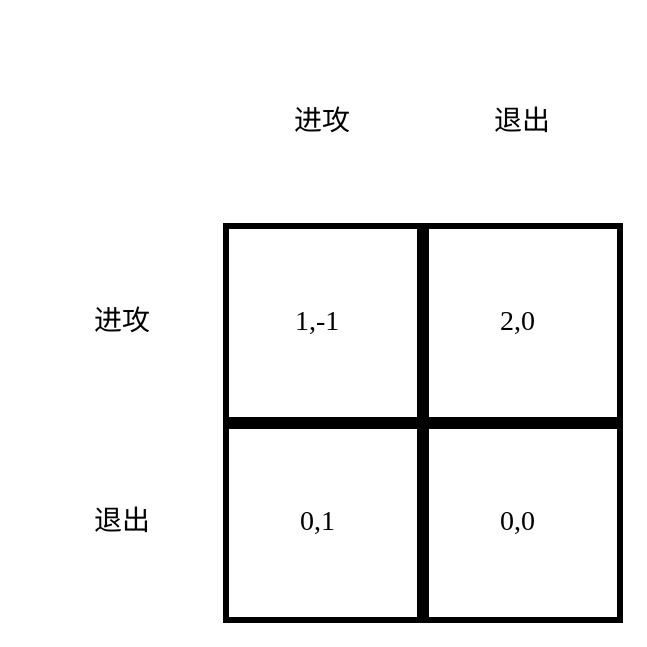
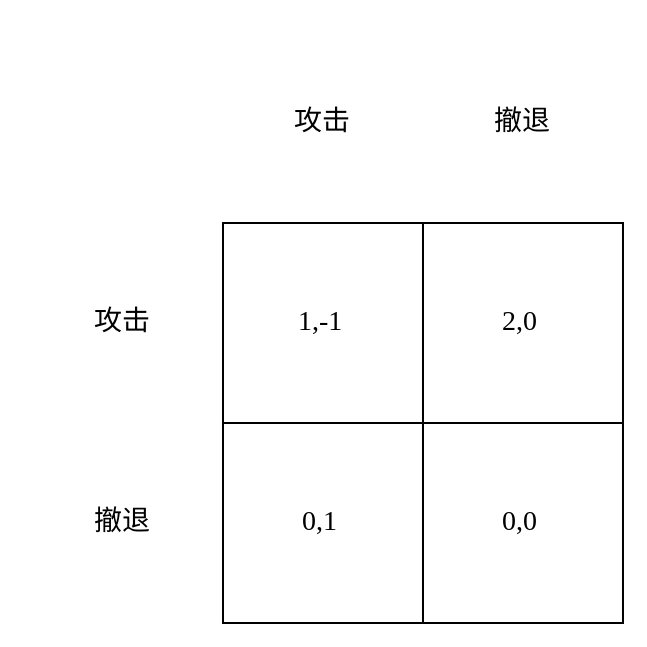
Before and after one commit to Binjian/org: the first of 12 diagrams in mode/drl_101.org, drawn with Graphviz. The commit also changed other lines of this file and 6 other files, not shown here.

```diff
--- a/mode/drl_101.org
+++ b/mode/drl_101.org
@@ -47,23 +66,23 @@
 #+begin_src dot :file img/drl101/dominated_fight.png
 digraph G {
-    node1 [shape=none, margin=0, label=<
+    node1l [shape=none, margin=0, fontname="LXGW WenKai Mono", label=<
         <TABLE BORDER="0" CELLBORDER="0" CELLSPACING="0" CELLPADDING="0" WIDTH="300" HEIGHT="300">
             <TR>
                 <TD WIDTH="100" HEIGHT="100" BGCOLOR="None"></TD>
-                <TD WIDTH="100" HEIGHT="100" BGCOLOR="None">进攻</TD>
-                <TD WIDTH="100" HEIGHT="100" BGCOLOR="None">退出</TD>
+                <TD WIDTH="100" HEIGHT="100" BGCOLOR="None">攻击</TD>
+                <TD WIDTH="100" HEIGHT="100" BGCOLOR="None">撤退</TD>
             </TR>
             <TR>
-                <TD WIDTH="100" HEIGHT="100" BGCOLOR="None">进攻</TD>
-                <TD WIDTH="100" HEIGHT="100" BORDER="3">1,-1</TD>
-                <TD WIDTH="100" HEIGHT="100" BORDER="3">2,0</TD>
+                <TD WIDTH="100" HEIGHT="100" BGCOLOR="None">攻击</TD>
+                <TD WIDTH="100" HEIGHT="100" BORDER="1">1,-1</TD>
+                <TD WIDTH="100" HEIGHT="100" BORDER="1">2,0</TD>
             </TR>
             <TR>
-                <TD WIDTH="100" HEIGHT="100" BGCOLOR="None">退出</TD>
-                <TD WIDTH="100" HEIGHT="100" BORDER="3">0,1</TD>
-                <TD WIDTH="100" HEIGHT="100" BORDER="3">0,0</TD>
+                <TD WIDTH="100" HEIGHT="100" BGCOLOR="None">撤退</TD>
+                <TD WIDTH="100" HEIGHT="100" BORDER="1">0,1</TD>
+                <TD WIDTH="100" HEIGHT="100" BORDER="1">0,0</TD>
             </TR>
         </TABLE>
     >];
 }
 #+end_src
```
